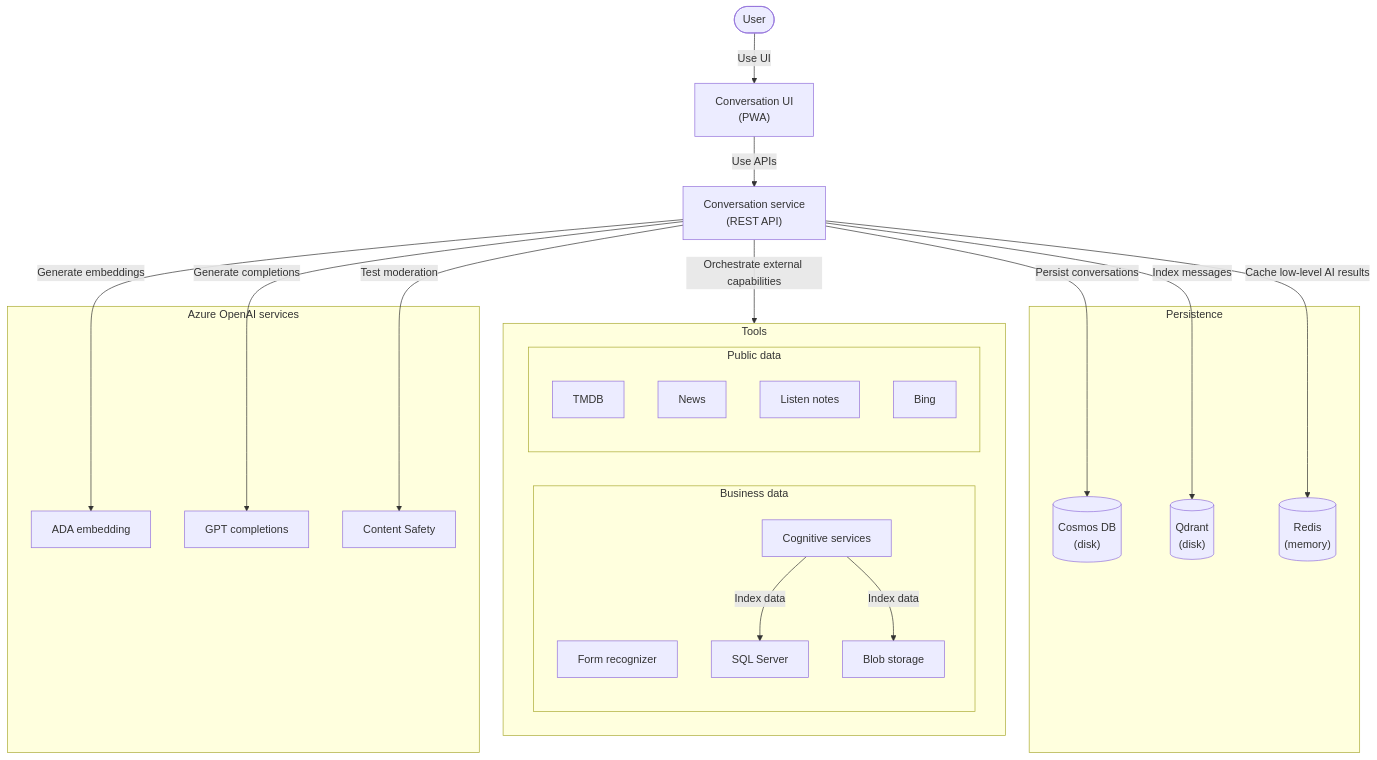
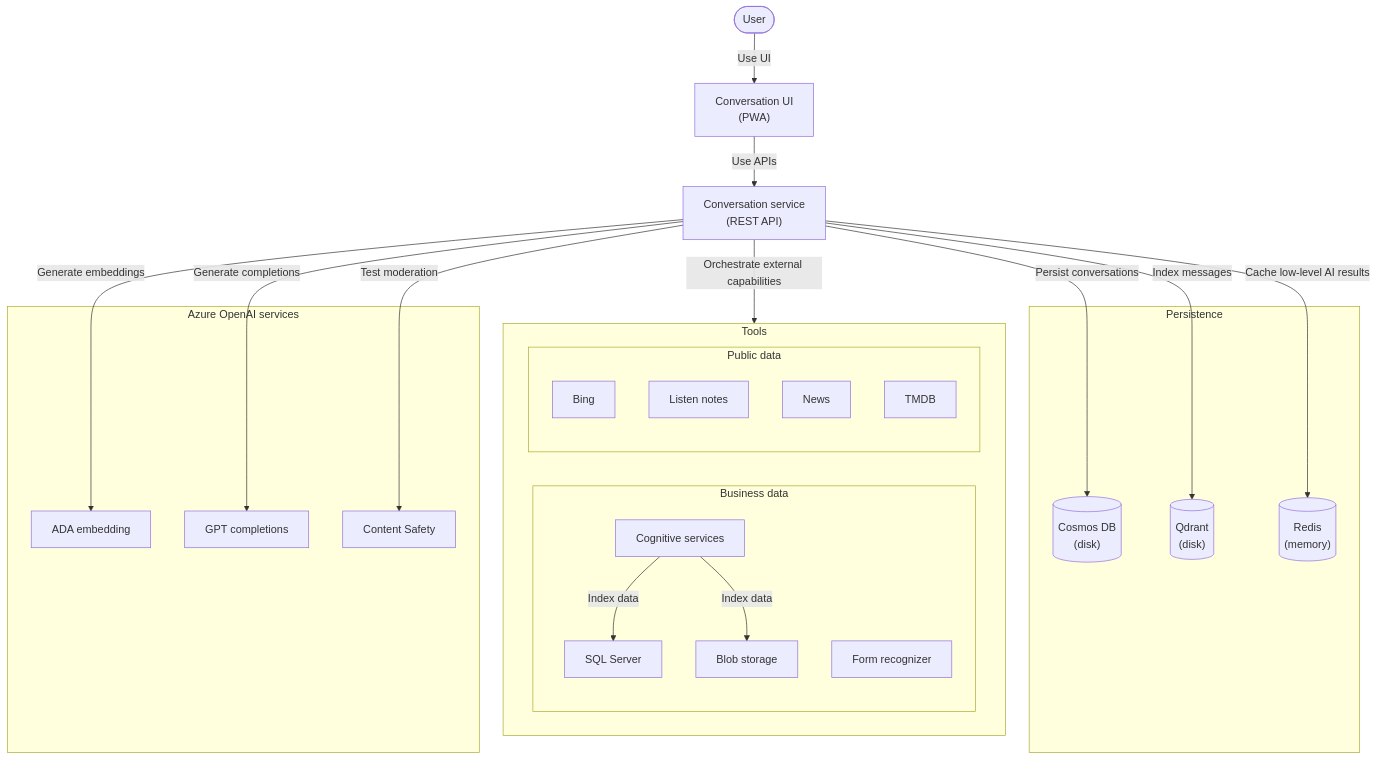
Before and after one commit to clemlesne/private-gpt: the second of 2 diagrams in README.md, drawn with Mermaid.

Commit message:
Quality: Mermaid code quality

````diff
--- a/README.md
+++ b/README.md
@@ -63,47 +63,47 @@
 ```mermaid
 graph
     user(["User"])
 
     api["Conversation service\n(REST API)"]
     ui["Conversation UI\n(PWA)"]
 
     subgraph tools["Tools"]
-    subgraph "Business data"
-        form_recognizer["Form recognizer"]
-        cognitive_services["Cognitive services"]
-        storage_blob["Blob storage"]
-        mssql["SQL Server"]
-    end
+        subgraph "Business data"
+            cognitive_services["Cognitive services"]
+            form_recognizer["Form recognizer"]
+            mssql["SQL Server"]
+            storage_blob["Blob storage"]
+        end
 
-    subgraph "Public data"
-        tmdb["TMDB"]
-        news["News"]
-        listen_notes["Listen notes"]
-        bing["Bing"]
-    end
+        subgraph "Public data"
+            bing["Bing"]
+            listen_notes["Listen notes"]
+            news["News"]
+            tmdb["TMDB"]
+        end
     end
 
     subgraph "Persistence"
-    cosmosdb[("Cosmos DB\n(disk)")]
-    qdrant[("Qdrant\n(disk)")]
-    redis[("Redis\n(memory)")]
+        cosmosdb[("Cosmos DB\n(disk)")]
+        qdrant[("Qdrant\n(disk)")]
+        redis[("Redis\n(memory)")]
     end
 
     subgraph "Azure OpenAI services"
-    oai_ada["ADA embedding"]
-    oai_gpt["GPT completions"]
-    safety["Content Safety"]
+        oai_ada["ADA embedding"]
+        oai_gpt["GPT completions"]
+        safety["Content Safety"]
     end
 
     api -- Cache low-level AI results --> redis
     api -- Generate completions --> oai_gpt
     api -- Generate embeddings --> oai_ada
     api -- Index messages --> qdrant
+    api -- Orchestrate external capabilities --> tools
     api -- Persist conversations --> cosmosdb
     api -- Test moderation --> safety
-    api -- Orchestrate external capabilities --> tools
+    cognitive_services -- Index data --> mssql
+    cognitive_services -- Index data --> storage_blob
     ui -- Use APIs --> api
     user -- Use UI --> ui
-    cognitive_services -- Index data --> mssql
-    cognitive_services -- Index data --> storage_blob
 ```
````
